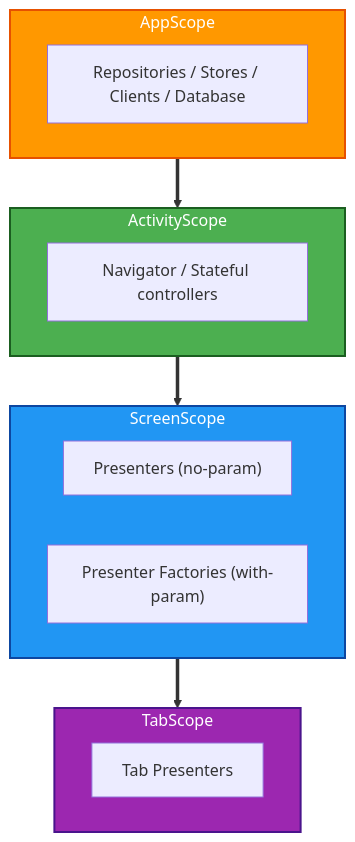
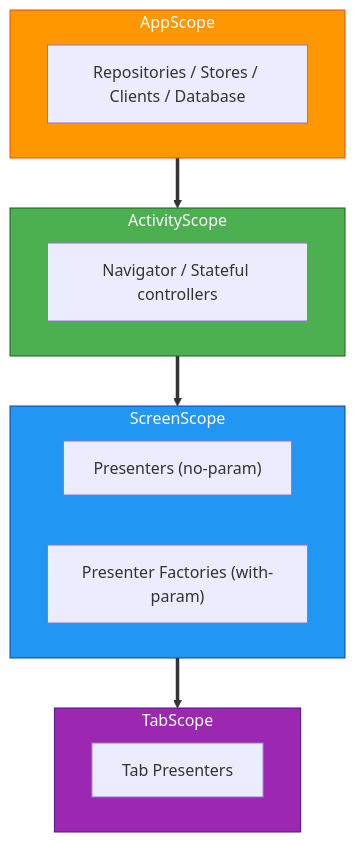
One commit to thomaskioko/tv-maniac changed the diagram in docs/architecture/dependency-injection.md. Above: the diagram before and after it, drawn with Mermaid. The commit also changed other lines of this file and 225 other files, not shown here.

````diff
--- a/docs/architecture/dependency-injection.md
+++ b/docs/architecture/dependency-injection.md
@@ -31,32 +18,32 @@
 ```mermaid
 graph TD
     subgraph AS["AppScope"]
         direction LR
         R["Repositories / Stores / Clients / Database"]
     end
 
     subgraph ACS["ActivityScope"]
         direction LR
         RN["Navigator / Stateful controllers"]
     end
 
     subgraph SS["ScreenScope"]
         direction LR
         P["Presenters (no-param)"]
         PF["Presenter Factories (with-param)"]
     end
 
     subgraph TS["TabScope"]
         direction LR
         TP["Tab Presenters"]
     end
 
     AS ==> ACS
     ACS ==> SS
     SS ==> TS
 
-    style AS fill:#FF9800,color:#fff,stroke:#E65100,stroke-width:2px
-    style ACS fill:#4CAF50,color:#fff,stroke:#1B5E20,stroke-width:2px
-    style SS fill:#2196F3,color:#fff,stroke:#0D47A1,stroke-width:2px
-    style TS fill:#9C27B0,color:#fff,stroke:#4A148C,stroke-width:2px
+    style AS fill:#FF9800,color:#fff,stroke:#E65100
+    style ACS fill:#4CAF50,color:#fff,stroke:#1B5E20
+    style SS fill:#2196F3,color:#fff,stroke:#0D47A1
+    style TS fill:#9C27B0,color:#fff,stroke:#4A148C
 ```
````
